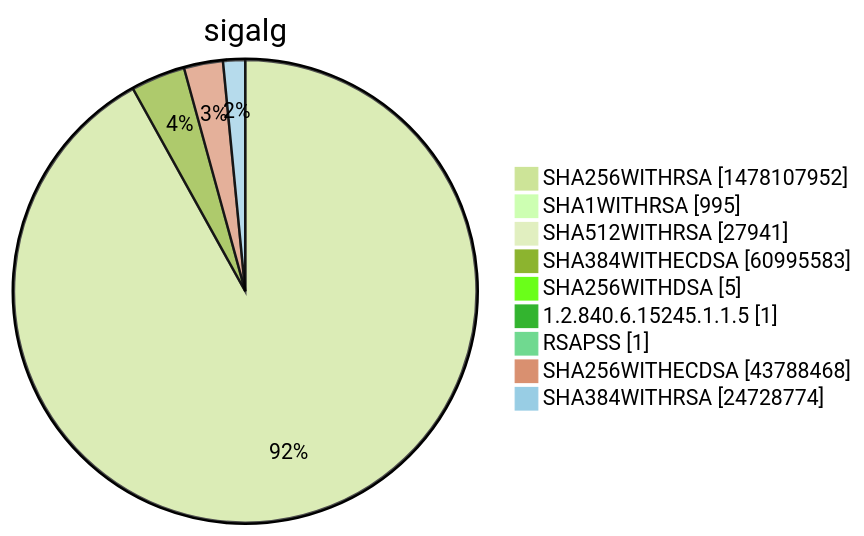
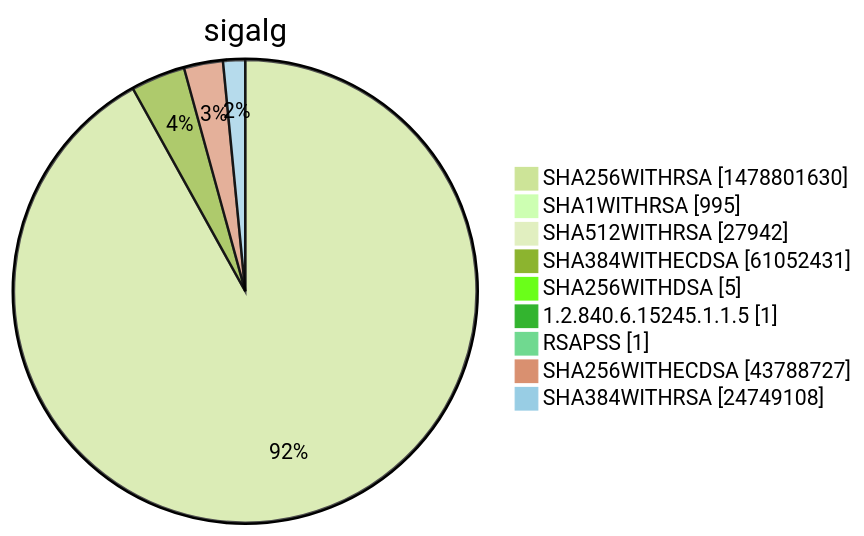
Diagram 15 of 15 in xenon2022/README.md (christiankrug/ctmonitor_visualization), drawn with Mermaid (forest theme) before and after one commit. The commit also changed other lines of this file, not shown here.

````diff
--- a/xenon2022/README.md
+++ b/xenon2022/README.md
@@ -5863,13 +5863,13 @@
 ```mermaid
 pie showData
 title sigalg
-"SHA256WITHRSA" :1478107952
+"SHA256WITHRSA" :1478801630
 "SHA1WITHRSA" :995
-"SHA512WITHRSA" :27941
-"SHA384WITHECDSA" :60995583
+"SHA512WITHRSA" :27942
+"SHA384WITHECDSA" :61052431
 "SHA256WITHDSA" :5
 "1.2.840.6.15245.1.1.5" :1
 "RSAPSS" :1
-"SHA256WITHECDSA" :43788468
-"SHA384WITHRSA" :24728774
+"SHA256WITHECDSA" :43788727
+"SHA384WITHRSA" :24749108
 ```
````
